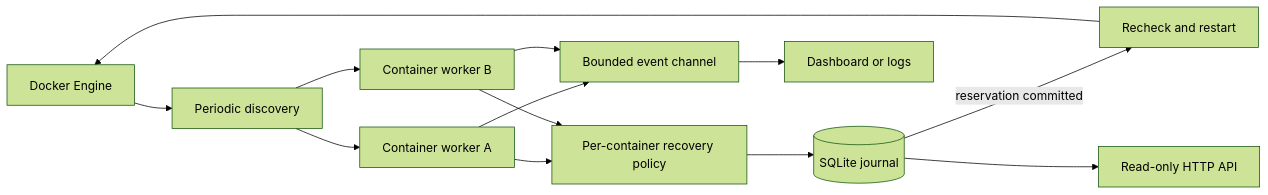
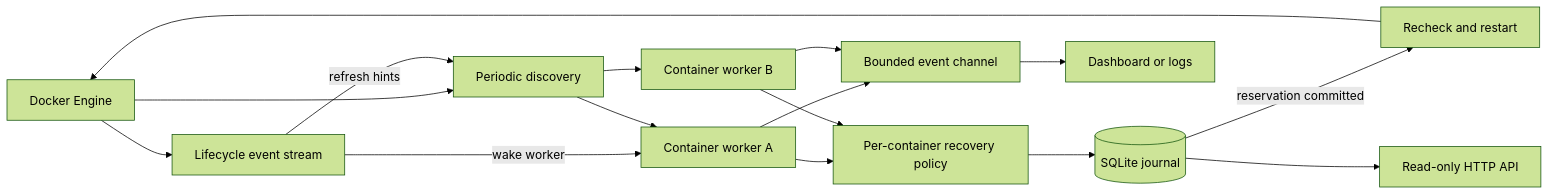
One commit to Espiobest/docker-watchdog changed the diagram in docs/reference.md. Above: the diagram before and after it, drawn with Mermaid (forest theme). The commit also changed other lines of this file and 3 other files, not shown here.

Commit message:
docs: document live logs and event stream behavior

````diff
--- a/docs/reference.md
+++ b/docs/reference.md
@@ -7,15 +7,18 @@
 ```mermaid
 flowchart LR
     Docker[Docker Engine] --> Discovery[Periodic discovery]
+    Docker --> Events[Lifecycle event stream]
+    Events -->|refresh hints| Discovery
+    Events -->|wake worker| A
     Discovery --> A[Container worker A]
     Discovery --> B[Container worker B]
     A --> Policy[Per-container recovery policy]
     B --> Policy
     Policy --> DB[(SQLite journal)]
     DB -->|reservation committed| Restart[Recheck and restart]
     Restart --> Docker
     A --> FanIn[Bounded event channel]
     B --> FanIn
     FanIn --> Output[Dashboard or logs]
     DB --> API[Read-only HTTP API]
 ```
````
